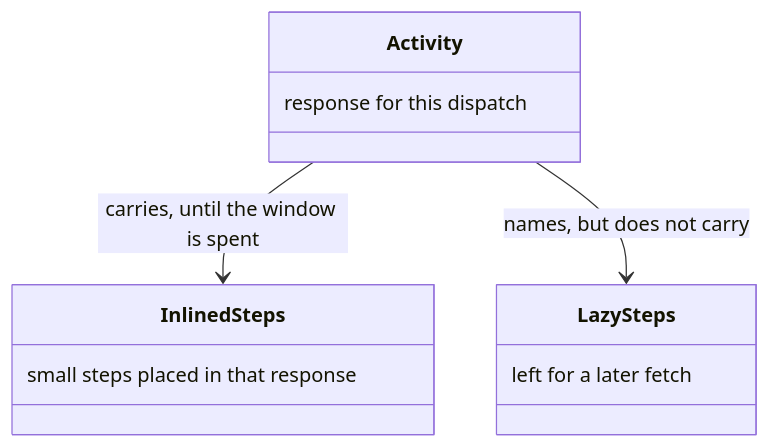
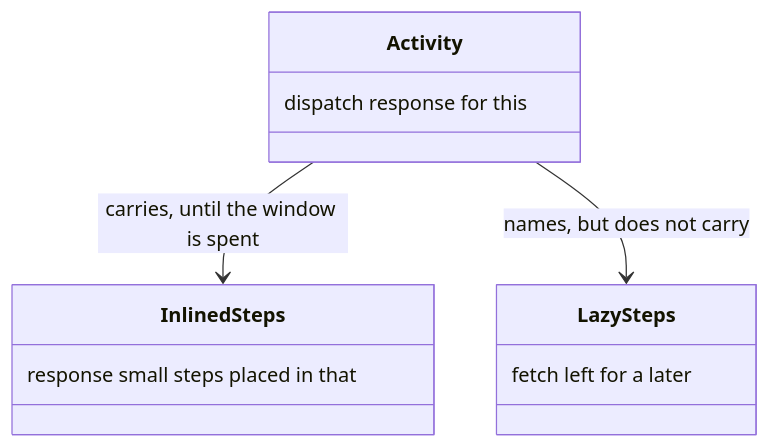
Diagram 20 of 26 in docs/delivery.md (m2ux/workflow-server), drawn with Mermaid before and after one commit. The commit also changed other lines of this file and 13 other files, not shown here.

````diff
--- a/docs/delivery.md
+++ b/docs/delivery.md
@@ -347,14 +347,14 @@
 ```mermaid
 classDiagram
   class Activity {
-    response for this dispatch
+    dispatch response for this
   }
   class InlinedSteps {
-    small steps placed in that response
+    response small steps placed in that
   }
   class LazySteps {
-    left for a later fetch
+    fetch left for a later
   }
   Activity --> InlinedSteps : carries, until the window is spent
   Activity --> LazySteps : names, but does not carry
 ```
````
